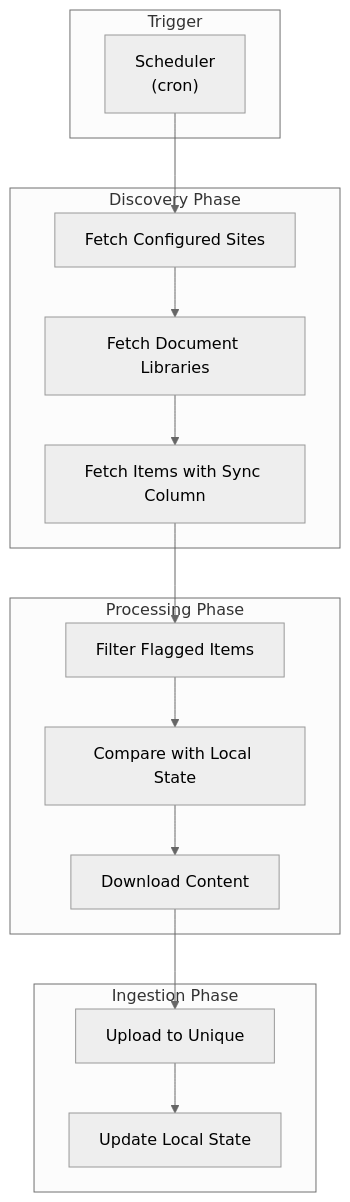
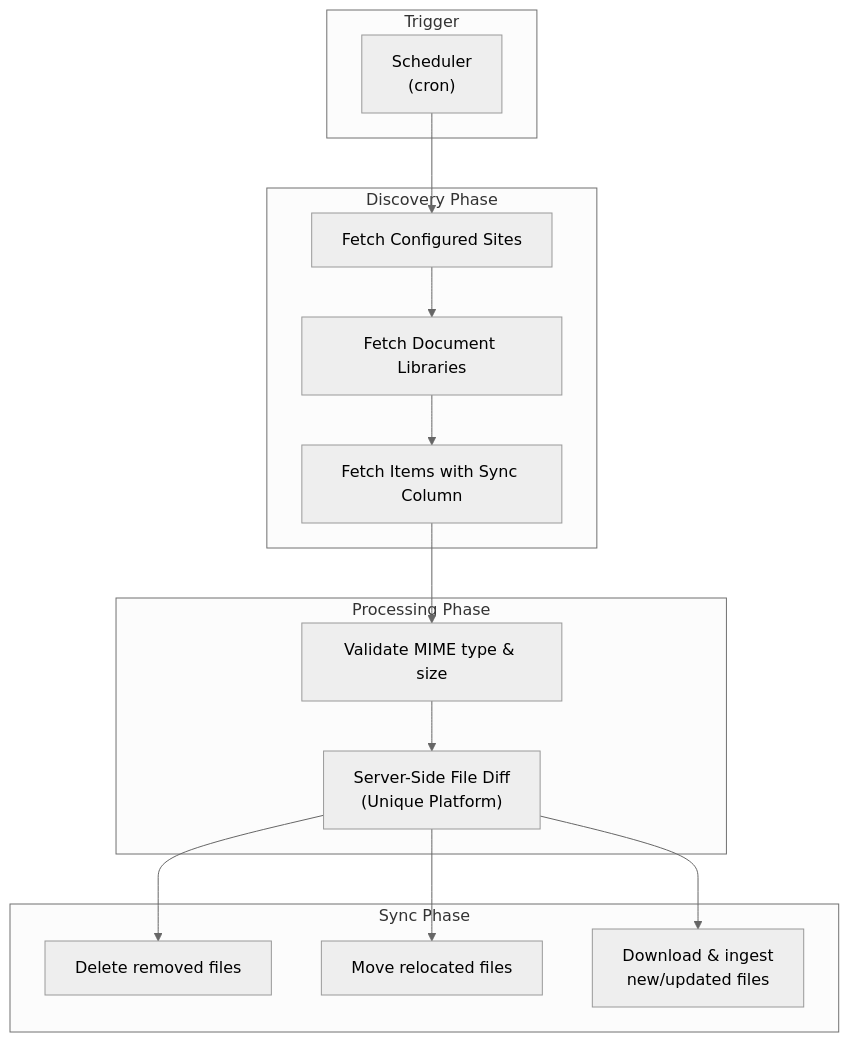
The first of 10 diagrams in services/sharepoint-connector/docs/technical/flows.md (Unique-AG/connectors), drawn with Mermaid (neutral theme) before and after one commit. The commit also changed other lines of this file and 8 other files, not shown here.

````diff
--- a/services/sharepoint-connector/docs/technical/flows.md
+++ b/services/sharepoint-connector/docs/technical/flows.md
@@ -11,32 +11,32 @@
 ```mermaid
 flowchart TB
     subgraph Trigger["Trigger"]
         Scheduler["Scheduler<br/>(cron)"]
     end
 
     subgraph Discovery["Discovery Phase"]
         FetchSites["Fetch Configured Sites"]
         FetchDrives["Fetch Document Libraries"]
         FetchItems["Fetch Items with Sync Column"]
     end
 
     subgraph Processing["Processing Phase"]
-        Filter["Filter Flagged Items"]
-        Diff["Compare with Local State"]
-        Download["Download Content"]
+        Validate["Validate MIME type & size"]
+        Diff["Server-Side File Diff<br/>(Unique Platform)"]
     end
 
-    subgraph Ingestion["Ingestion Phase"]
-        Upload["Upload to Unique"]
-        UpdateState["Update Local State"]
+    subgraph Sync["Sync Phase"]
+        Delete["Delete removed files"]
+        Move["Move relocated files"]
+        Ingest["Download & ingest<br/>new/updated files"]
     end
 
     Scheduler --> FetchSites
     FetchSites --> FetchDrives
     FetchDrives --> FetchItems
-    FetchItems --> Filter
-    Filter --> Diff
-    Diff --> Download
-    Download --> Upload
-    Upload --> UpdateState
+    FetchItems --> Validate
+    Validate --> Diff
+    Diff --> Delete
+    Diff --> Move
+    Diff --> Ingest
 ```
````
